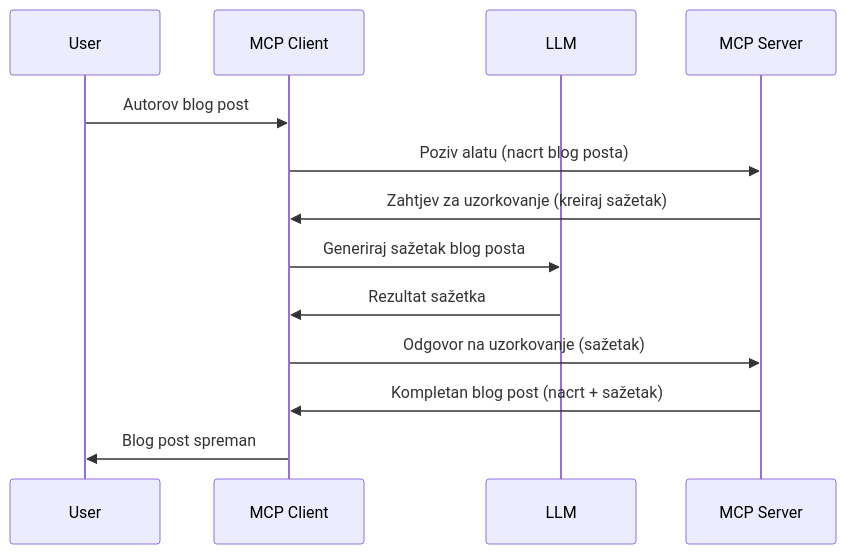
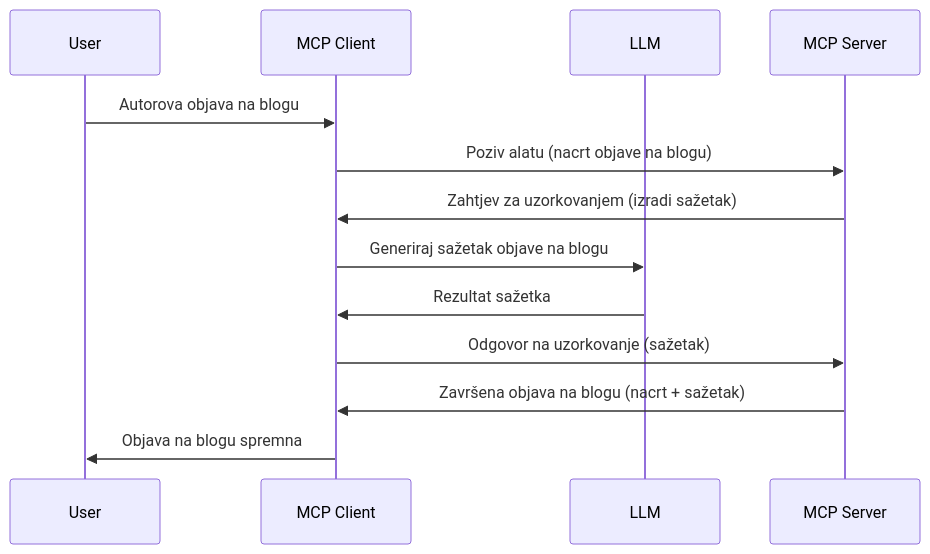
Before and after one commit to HIDORAKAI002/ai-workspace-archive: the diagram in mcp_ecosystem__model_context_protocol/mcp_learning_resources/mcp-for-beginners/translations/hr/03-GettingStarted/14-sampling/README.md, drawn with Mermaid. The commit also changed other lines of this file and 5721 other files, not shown here.

Commit message:
chore(sync): update MCP Python SDK, MCP TypeScript SDK, Supabase MCP, Kubernetes MCP Server, Git MCP, MCP Agent, Awesome ChatGPT Prompts, Langfuse, +62 more

````diff
--- a/mcp_ecosystem__model_context_protocol/mcp_learning_resources/mcp-for-beginners/translations/hr/03-GettingStarted/14-sampling/README.md
+++ b/mcp_ecosystem__model_context_protocol/mcp_learning_resources/mcp-for-beginners/translations/hr/03-GettingStarted/14-sampling/README.md
@@ -25,16 +27,16 @@
 ```mermaid
 sequenceDiagram
     participant User
     participant MCP Client
     participant LLM
     participant MCP Server
 
-    User->>MCP Client: Autorov blog post
-    MCP Client->>MCP Server: Poziv alatu (nacrt blog posta)
-    MCP Server->>MCP Client: Zahtjev za uzorkovanje (kreiraj sažetak)
-    MCP Client->>LLM: Generiraj sažetak blog posta
+    User->>MCP Client: Autorova objava na blogu
+    MCP Client->>MCP Server: Poziv alatu (nacrt objave na blogu)
+    MCP Server->>MCP Client: Zahtjev za uzorkovanjem (izradi sažetak)
+    MCP Client->>LLM: Generiraj sažetak objave na blogu
     LLM->>MCP Client: Rezultat sažetka
     MCP Client->>MCP Server: Odgovor na uzorkovanje (sažetak)
-    MCP Server->>MCP Client: Kompletan blog post (nacrt + sažetak)
-    MCP Client->>User: Blog post spreman
+    MCP Server->>MCP Client: Završena objava na blogu (nacrt + sažetak)
+    MCP Client->>User: Objava na blogu spremna
 ```
````
